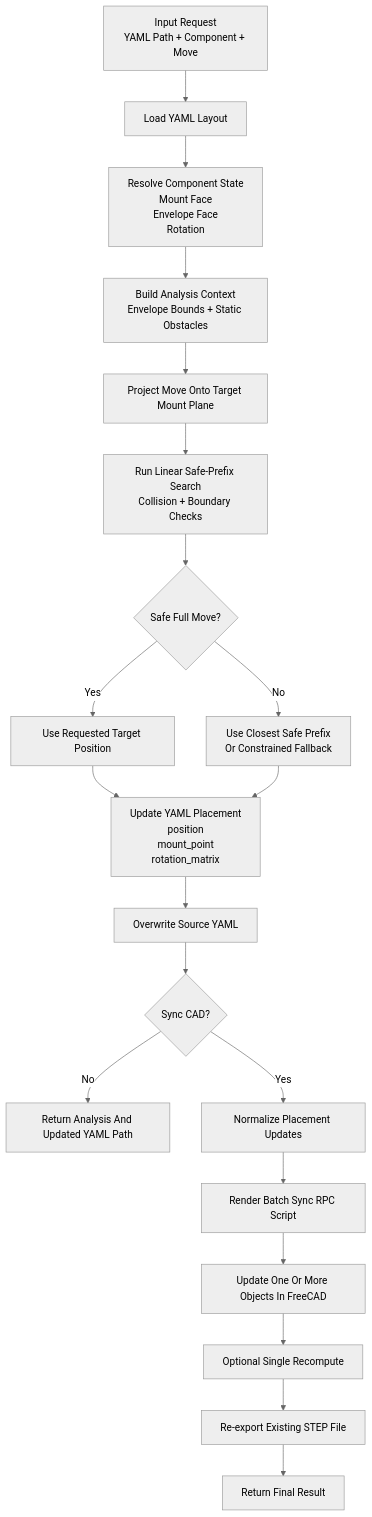
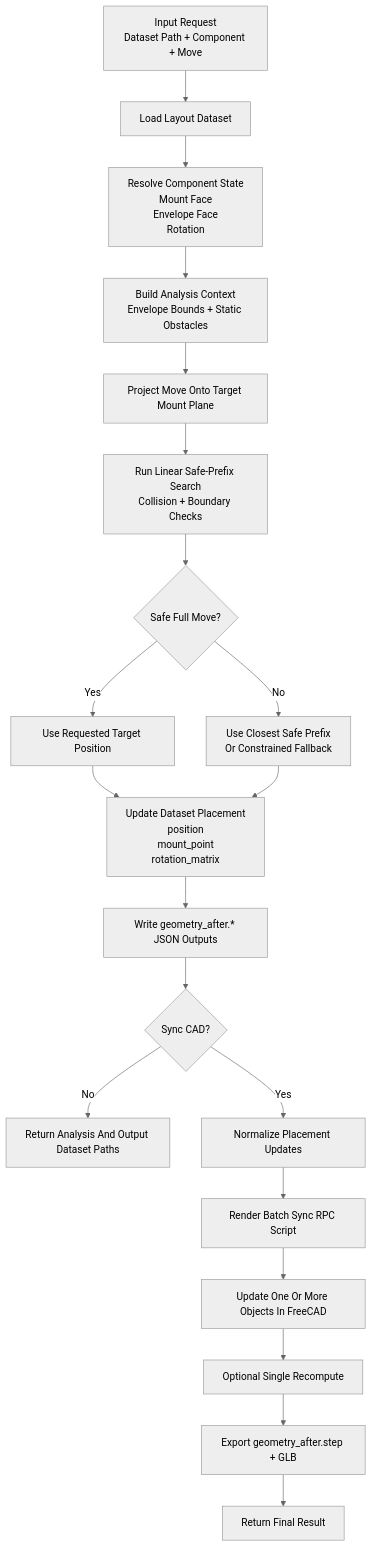
Before and after one commit to Bokai502/freecad-skill: the second of 3 diagrams in docs/ARCHITECTURE.md, drawn with Mermaid (neutral theme). The commit also changed other lines of this file and 24 other files, not shown here.

Commit message:
Refine FreeCAD layout dataset workflows

````diff
--- a/docs/ARCHITECTURE.md
+++ b/docs/ARCHITECTURE.md
@@ -37,22 +37,22 @@
 ```mermaid
 flowchart TD
-    A["Input Request<br/>YAML Path + Component + Move"] --> B["Load YAML Layout"]
+    A["Input Request<br/>Dataset Path + Component + Move"] --> B["Load Layout Dataset"]
     B --> C["Resolve Component State<br/>Mount Face<br/>Envelope Face<br/>Rotation"]
     C --> D["Build Analysis Context<br/>Envelope Bounds + Static Obstacles"]
     D --> E["Project Move Onto Target Mount Plane"]
     E --> F["Run Linear Safe-Prefix Search<br/>Collision + Boundary Checks"]
     F --> G{"Safe Full Move?"}
     G -- "Yes" --> H["Use Requested Target Position"]
     G -- "No" --> I["Use Closest Safe Prefix<br/>Or Constrained Fallback"]
-    H --> J["Update YAML Placement<br/>position<br/>mount_point<br/>rotation_matrix"]
+    H --> J["Update Dataset Placement<br/>position<br/>mount_point<br/>rotation_matrix"]
     I --> J
-    J --> K["Overwrite Source YAML"]
+    J --> K["Write geometry_after.* JSON Outputs"]
     K --> L{"Sync CAD?"}
-    L -- "No" --> M["Return Analysis And Updated YAML Path"]
+    L -- "No" --> M["Return Analysis And Output Dataset Paths"]
     L -- "Yes" --> N["Normalize Placement Updates"]
     N --> O["Render Batch Sync RPC Script"]
     O --> P["Update One Or More Objects In FreeCAD"]
     P --> Q["Optional Single Recompute"]
-    Q --> R["Re-export Existing STEP File"]
+    Q --> R["Export geometry_after.step + GLB"]
     R --> S["Return Final Result"]
 ```
````
